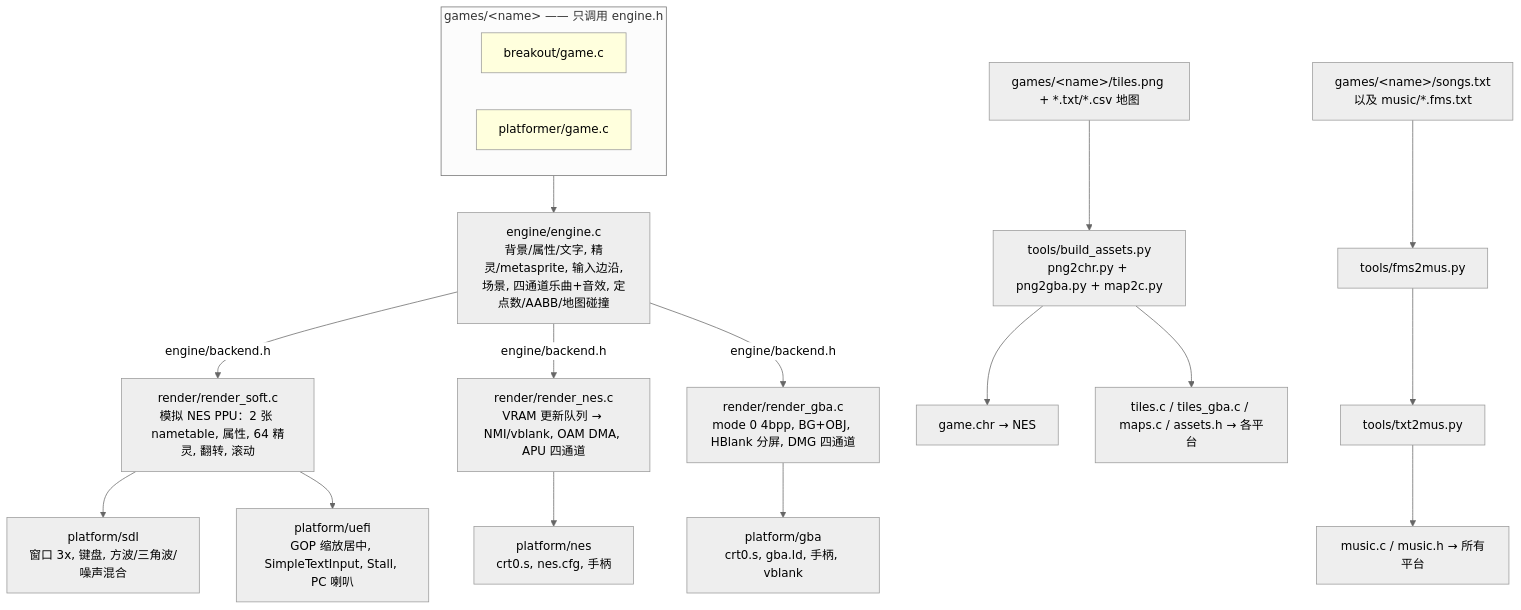
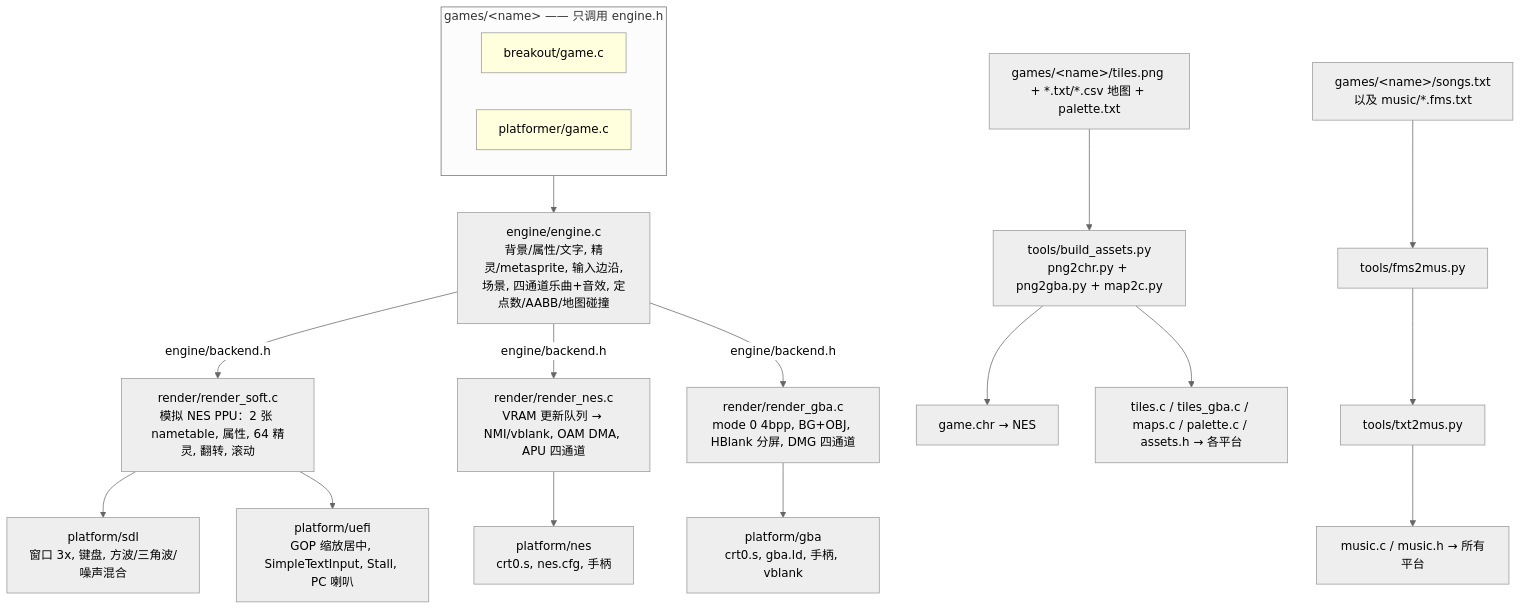
The diagram in README.md (brightHuang84/RetroEngine), drawn with Mermaid (neutral theme) before and after one commit. The commit also changed other lines of this file and 19 other files, not shown here.

First line of the commit message:
Add a Chinese desktop editor for tiles, maps, and music.

````diff
--- a/README.md
+++ b/README.md
@@ -8,22 +8,22 @@
 ```mermaid
 flowchart TD
   subgraph games[games/&lt;name&gt; —— 只调用 engine.h]
     BG[breakout/game.c]:::g
     PF[platformer/game.c]:::g
   end
   games --> E[engine/engine.c<br>背景/属性/文字, 精灵/metasprite, 输入边沿,<br>场景, 四通道乐曲+音效, 定点数/AABB/地图碰撞]
   E -->|engine/backend.h| RS[render/render_soft.c<br>模拟 NES PPU：2 张 nametable, 属性, 64 精灵, 翻转, 滚动]
   E -->|engine/backend.h| RN[render/render_nes.c<br>VRAM 更新队列 → NMI/vblank, OAM DMA, APU 四通道]
   E -->|engine/backend.h| RG[render/render_gba.c<br>mode 0 4bpp, BG+OBJ, HBlank 分屏, DMG 四通道]
   RS --> SDL[platform/sdl<br>窗口 3x, 键盘, 方波/三角波/噪声混合]
   RS --> UEFI[platform/uefi<br>GOP 缩放居中, SimpleTextInput, Stall, PC 喇叭]
   RN --> NES[platform/nes<br>crt0.s, nes.cfg, 手柄]
   RG --> GBA[platform/gba<br>crt0.s, gba.ld, 手柄, vblank]
-  A[games/&lt;name&gt;/tiles.png + *.txt/*.csv 地图] --> T[tools/build_assets.py<br>png2chr.py + png2gba.py + map2c.py]
+  A[games/&lt;name&gt;/tiles.png + *.txt/*.csv 地图 + palette.txt] --> T[tools/build_assets.py<br>png2chr.py + png2gba.py + map2c.py]
   T --> CHR[game.chr → NES]
-  T --> CA[tiles.c / tiles_gba.c / maps.c / assets.h → 各平台]
+  T --> CA[tiles.c / tiles_gba.c / maps.c / palette.c / assets.h → 各平台]
   S[games/&lt;name&gt;/songs.txt<br>以及 music/*.fms.txt] --> FM[tools/fms2mus.py]
   FM --> TM[tools/txt2mus.py]
   TM --> MU[music.c / music.h → 所有平台]
   classDef g fill:#ffd
 ```
````
